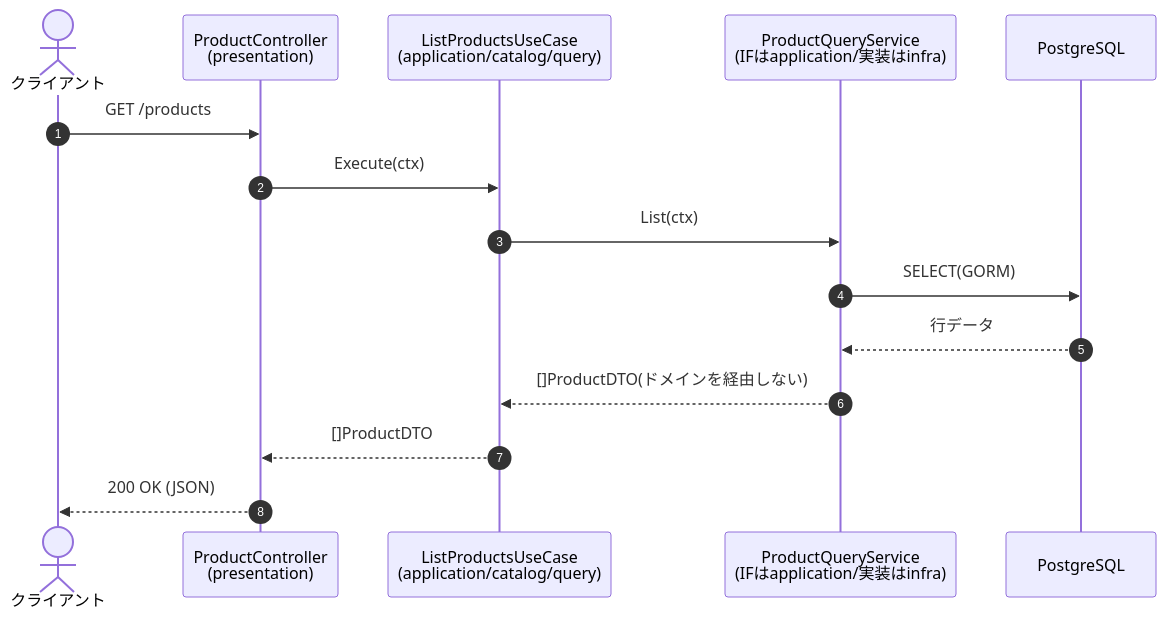
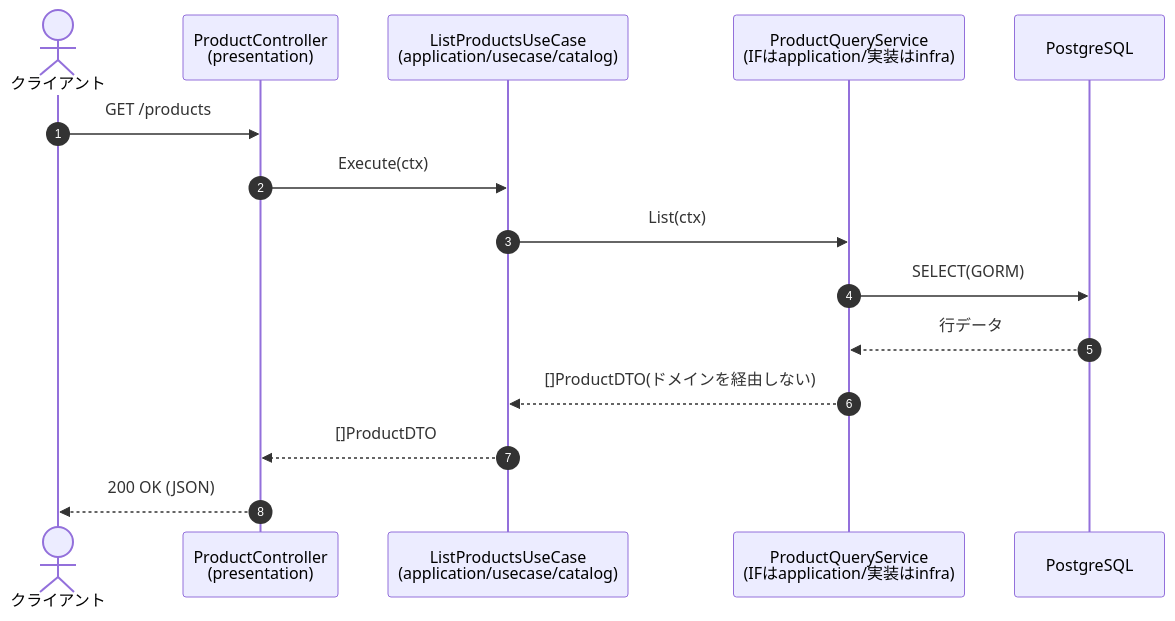
The third of 3 diagrams in docs/execution-flow.md (almondoo/golang-ddd-sample), drawn with Mermaid before and after one commit. The commit also changed other lines of this file and 138 other files, not shown here.

````diff
--- a/docs/execution-flow.md
+++ b/docs/execution-flow.md
@@ -93,18 +103,18 @@
 ```mermaid
 sequenceDiagram
     autonumber
     actor C as クライアント
     participant H as ProductController<br>(presentation)
-    participant Q as ListProductsUseCase<br>(application/catalog/query)
+    participant Q as ListProductsUseCase<br>(application/usecase/catalog)
     participant QS as ProductQueryService<br>(IFはapplication/実装はinfra)
     participant DB as PostgreSQL
 
     C->>H: GET /products
     H->>Q: Execute(ctx)
     Q->>QS: List(ctx)
     QS->>DB: SELECT(GORM)
     DB-->>QS: 行データ
     QS-->>Q: []ProductDTO(ドメインを経由しない)
     Q-->>H: []ProductDTO
     H-->>C: 200 OK (JSON)
 ```
````
